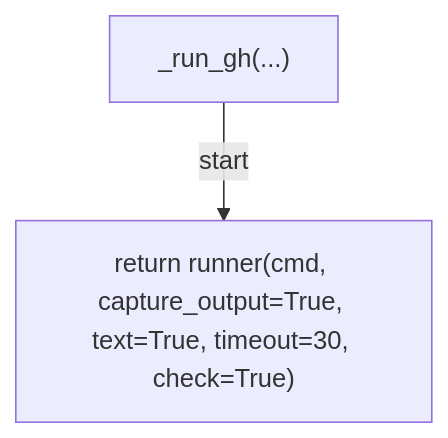
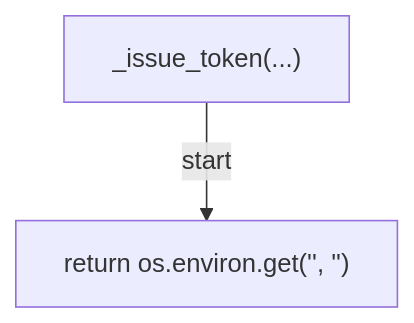
One commit to tvna/claude-md changed diagram 24 of 38 in docs/generated/scripts/ast/ruleset_drift.md. Above: the diagram before and after it, drawn with Mermaid. The commit also changed other lines of this file and 15 other files, not shown here.

First line of the commit message:
docs(generated): regenerate decision tree and workflow diagrams

````diff
--- a/docs/generated/scripts/ast/ruleset_drift.md
+++ b/docs/generated/scripts/ast/ruleset_drift.md
@@ -307,6 +307,6 @@
 ```mermaid
 flowchart TD
-    N001["_run_gh(...)"]
-    N002["return runner(cmd, capture_output=True, text=True, timeout=30, check=True)"]
+    N001["_issue_token(...)"]
+    N002["return os.environ.get('<str>', '<str>')"]
     N001 -->|"start"| N002
 ```
````
